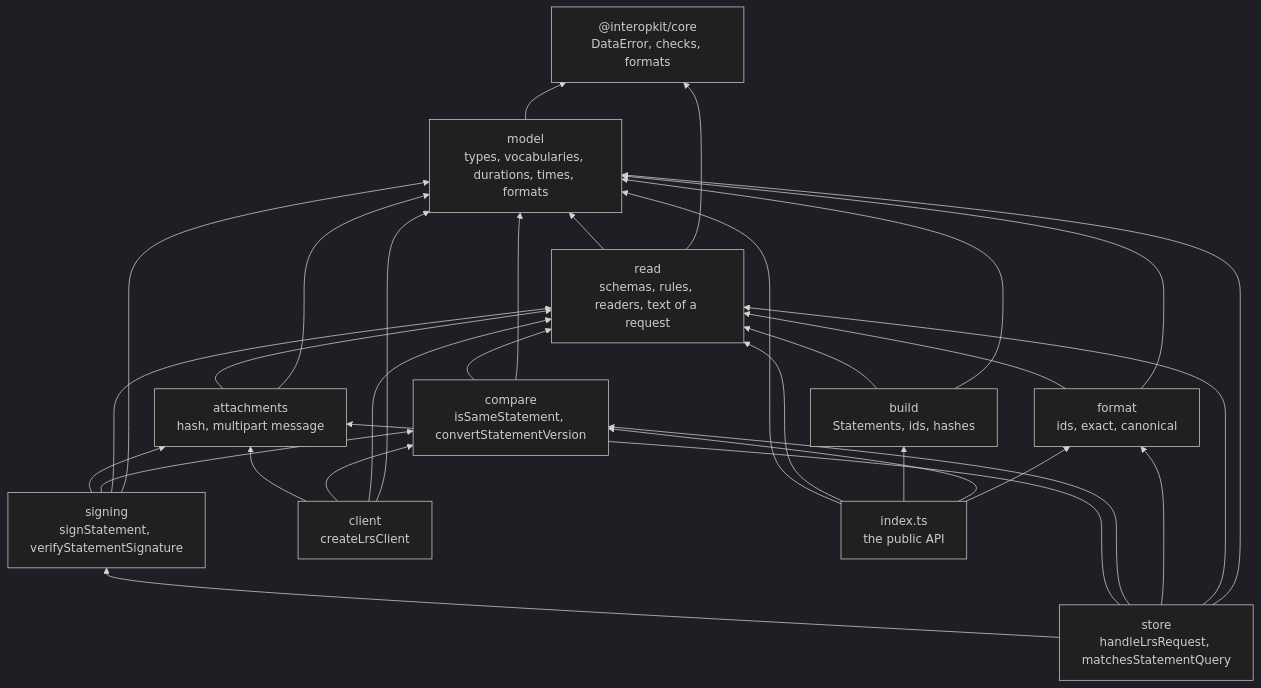
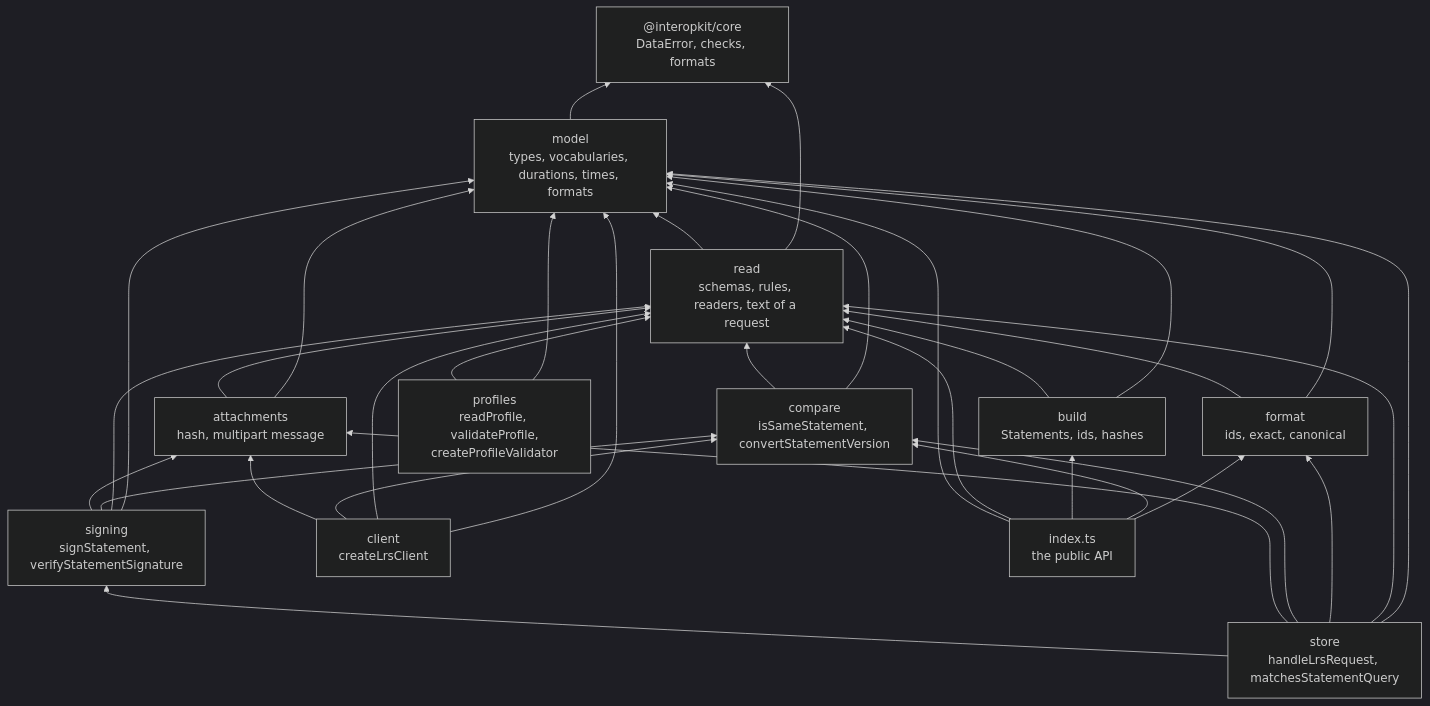
Before and after one commit to interopkit/interopkit: the first of 2 diagrams in docs/learning-records/architecture.md, drawn with Mermaid (dark theme). The commit also changed other lines of this file and 10 other files, not shown here.

````diff
--- a/docs/learning-records/architecture.md
+++ b/docs/learning-records/architecture.md
@@ -10,44 +11,47 @@
 ```mermaid
 flowchart BT
   core["@interopkit/core<br/>DataError, checks, formats"]
   model["model<br/>types, vocabularies, durations, times, formats"]
   read["read<br/>schemas, rules, readers, text of a request"]
   build["build<br/>Statements, ids, hashes"]
   compare["compare<br/>isSameStatement, convertStatementVersion"]
   format["format<br/>ids, exact, canonical"]
   attachments["attachments<br/>hash, multipart message"]
   signing["signing<br/>signStatement, verifyStatementSignature"]
   client["client<br/>createLrsClient"]
   store["store<br/>handleLrsRequest, matchesStatementQuery"]
+  profiles["profiles<br/>readProfile, validateProfile,<br/>createProfileValidator"]
   root["index.ts<br/>the public API"]
   read --> model
   read --> core
   model --> core
   build --> read
   compare --> read
   format --> read
   build --> model
   compare --> model
   format --> model
   attachments --> read
   attachments --> model
   signing --> attachments
   signing --> compare
   signing --> read
   signing --> model
   client --> attachments
   client --> compare
   client --> read
   client --> model
   store --> signing
   store --> attachments
   store --> compare
   store --> format
   store --> read
   store --> model
+  profiles --> read
+  profiles --> model
   root --> model
   root --> read
   root --> build
   root --> compare
   root --> format
 ```
````
